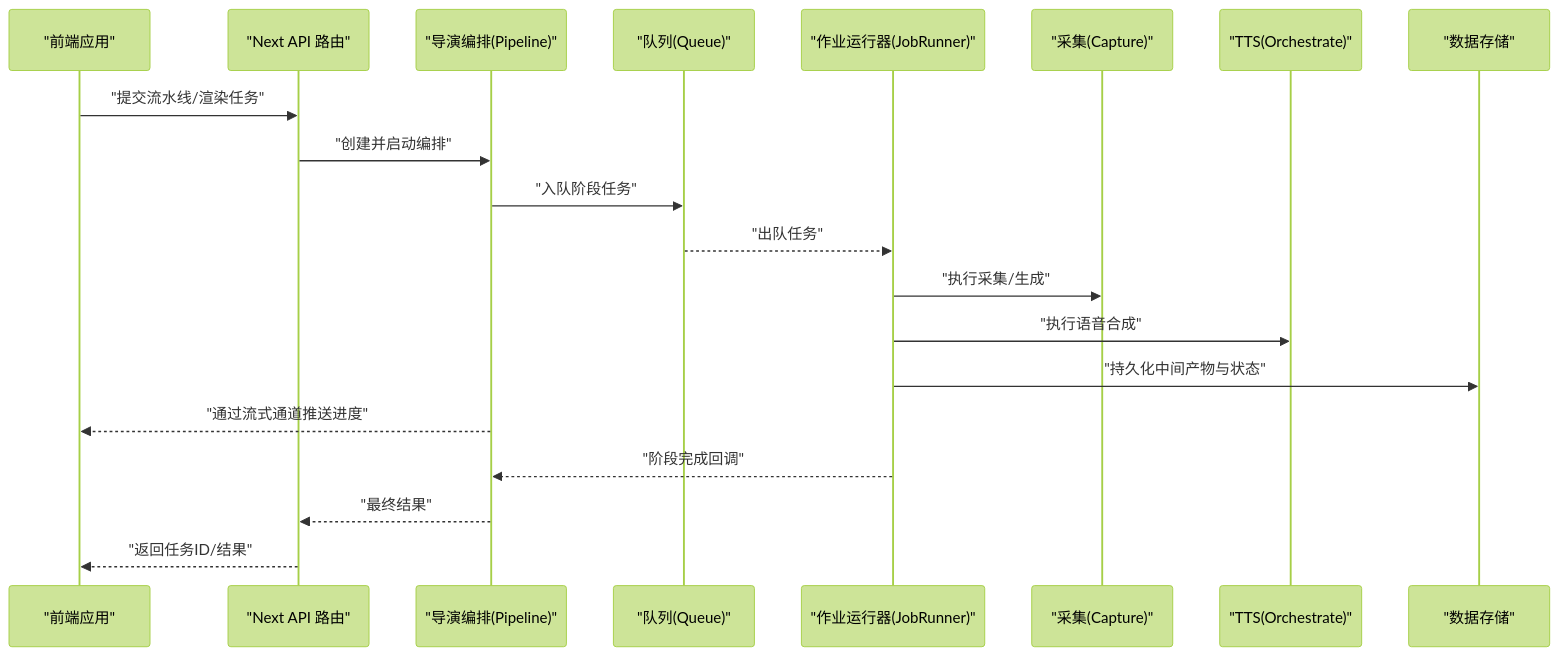
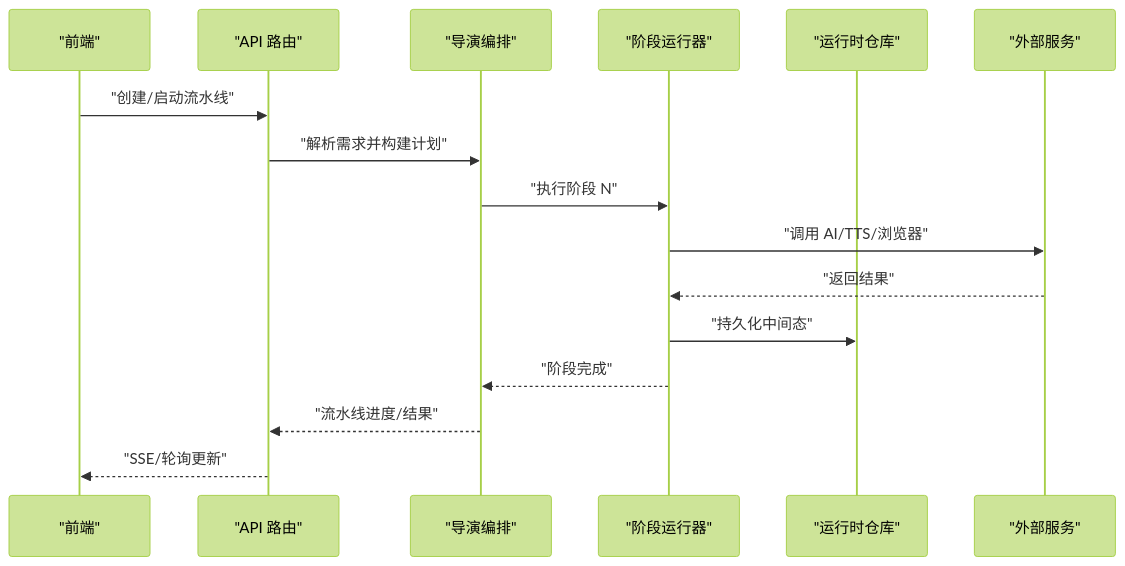
Before and after one commit to scottcwy/PurpleInk: the third of 8 diagrams in .qoder/repowiki/zh/content/项目概述/架构设计理念.md, drawn with Mermaid (forest theme). The commit also changed other lines of this file and 872 other files, not shown here.

````diff
--- a/.qoder/repowiki/zh/content/项目概述/架构设计理念.md
+++ b/.qoder/repowiki/zh/content/项目概述/架构设计理念.md
@@ -103,22 +167,18 @@
 ```mermaid
 sequenceDiagram
-participant FE as "前端应用"
-participant API as "Next API 路由"
-participant DIR as "导演编排(Pipeline)"
-participant Q as "队列(Queue)"
-participant JR as "作业运行器(JobRunner)"
-participant CAP as "采集(Capture)"
-participant TTS as "TTS(Orchestrate)"
-participant DB as "数据存储"
-FE->>API : "提交流水线/渲染任务"
-API->>DIR : "创建并启动编排"
-DIR->>Q : "入队阶段任务"
-Q-->>JR : "出队任务"
-JR->>CAP : "执行采集/生成"
-JR->>TTS : "执行语音合成"
-JR->>DB : "持久化中间产物与状态"
-DIR-->>FE : "通过流式通道推送进度"
-JR-->>DIR : "阶段完成回调"
-DIR-->>API : "最终结果"
-API-->>FE : "返回任务ID/结果"
+participant FE as "前端"
+participant API as "API 路由"
+participant Dir as "导演编排"
+participant Stage as "阶段运行器"
+participant Repo as "运行时仓库"
+participant Ext as "外部服务"
+FE->>API : "创建/启动流水线"
+API->>Dir : "解析需求并构建计划"
+Dir->>Stage : "执行阶段 N"
+Stage->>Ext : "调用 AI/TTS/浏览器"
+Ext-->>Stage : "返回结果"
+Stage->>Repo : "持久化中间态"
+Stage-->>Dir : "阶段完成"
+Dir-->>API : "流水线进度/结果"
+API-->>FE : "SSE/轮询更新"
 ```
````
